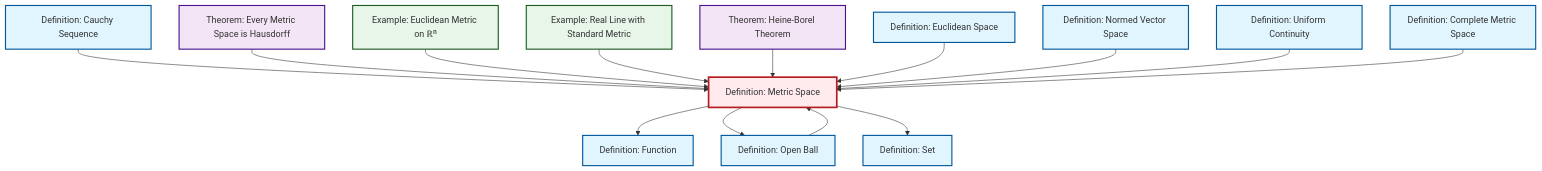
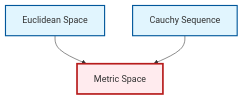
Before and after one commit to RK0429/ModernMath: the diagram in content/en/analysis/def-metric-space.qmd, drawn with Mermaid. The commit also changed 328 other files, not shown here.

````diff
--- a/content/en/analysis/def-metric-space.qmd
+++ b/content/en/analysis/def-metric-space.qmd
@@ -53,48 +53,17 @@
 ```{mermaid}
 %%| fig-cap: "Local dependency graph"
 graph TD
     classDef definition fill:#e1f5fe,stroke:#01579b,stroke-width:2px
     classDef theorem fill:#f3e5f5,stroke:#4a148c,stroke-width:2px
     classDef axiom fill:#fff3e0,stroke:#e65100,stroke-width:2px
     classDef example fill:#e8f5e9,stroke:#1b5e20,stroke-width:2px
     classDef current fill:#ffebee,stroke:#b71c1c,stroke-width:3px
-    def-set["Definition: Set"]:::definition
-    def-cauchy-sequence["Definition: Cauchy Sequence"]:::definition
-    def-uniform-continuity["Definition: Uniform Continuity"]:::definition
-    ex-real-line-metric["Example: Real Line with Standard Metric"]:::example
-    def-metric-space["Definition: Metric Space"]:::definition
-    def-open-ball["Definition: Open Ball"]:::definition
-    def-function["Definition: Function"]:::definition
-    ex-euclidean-metric["Example: Euclidean Metric on ℝⁿ"]:::example
-    thm-metric-hausdorff["Theorem: Every Metric Space is Hausdorff"]:::theorem
-    def-complete-metric-space["Definition: Complete Metric Space"]:::definition
-    thm-heine-borel["Theorem: Heine-Borel Theorem"]:::theorem
-    def-normed-vector-space["Definition: Normed Vector Space"]:::definition
-    def-euclidean-space["Definition: Euclidean Space"]:::definition
+    def-euclidean-space["Euclidean Space"]:::definition
+    def-metric-space["Metric Space"]:::definition
+    def-cauchy-sequence["Cauchy Sequence"]:::definition
+    def-euclidean-space --> def-metric-space
     def-cauchy-sequence --> def-metric-space
-    def-metric-space --> def-function
-    def-metric-space --> def-open-ball
-    thm-metric-hausdorff --> def-metric-space
-    ex-euclidean-metric --> def-metric-space
-    ex-real-line-metric --> def-metric-space
-    thm-heine-borel --> def-metric-space
-    def-euclidean-space --> def-metric-space
-    def-metric-space --> def-set
-    def-normed-vector-space --> def-metric-space
-    def-open-ball --> def-metric-space
-    def-uniform-continuity --> def-metric-space
-    def-complete-metric-space --> def-metric-space
     class def-metric-space current
-    click def-set "def-set.html" "Go to Set definition"
-    click def-cauchy-sequence "def-cauchy-sequence.html" "Go to Cauchy Sequence definition"
-    click def-uniform-continuity "def-uniform-continuity.html" "Go to Uniform Continuity definition"
-    click ex-real-line-metric "ex-real-line-metric.html" "Go to Real Line with Standard Metric example"
-    click def-open-ball "def-open-ball.html" "Go to Open Ball definition"
-    click def-function "def-function.html" "Go to Function definition"
-    click ex-euclidean-metric "ex-euclidean-metric.html" "Go to Euclidean Metric on ℝⁿ example"
-    click thm-metric-hausdorff "thm-metric-hausdorff.html" "Go to Every Metric Space is Hausdorff theorem"
-    click def-complete-metric-space "def-complete-metric-space.html" "Go to Complete Metric Space definition"
-    click thm-heine-borel "thm-heine-borel.html" "Go to Heine-Borel Theorem theorem"
-    click def-normed-vector-space "def-normed-vector-space.html" "Go to Normed Vector Space definition"
-    click def-euclidean-space "def-euclidean-space.html" "Go to Euclidean Space definition"
+    click def-euclidean-space "def-euclidean-space.html" "Go to Euclidean Space"
+    click def-cauchy-sequence "def-cauchy-sequence.html" "Go to Cauchy Sequence"
 ```
````
